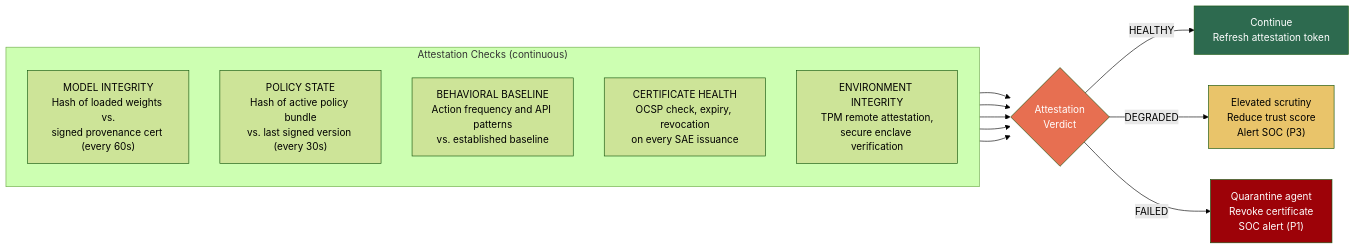
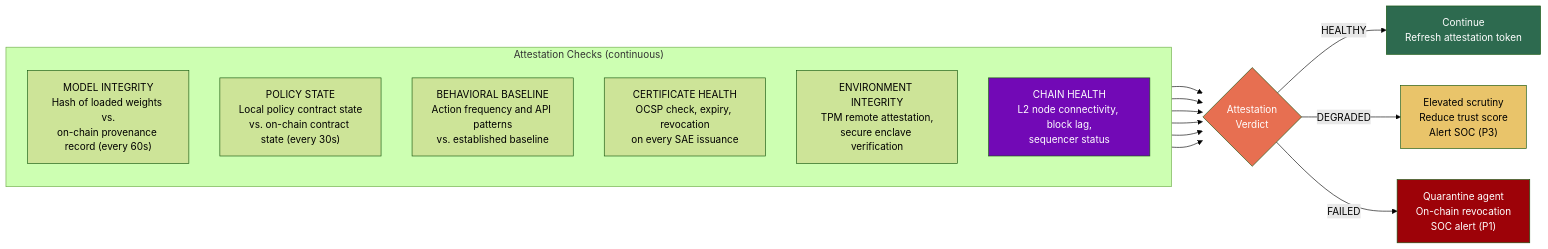
Before and after one commit to kjayashr/cryptographic-trust-layer: diagram 11 of 13 in cryptographic-trust-layer-thesis.md, drawn with Mermaid (forest theme). The commit also changed other lines of this file, not shown here.

First line of the commit message:
Rewrite architecture to smart contract-based enforcement on Ethereum L2

````diff
--- a/cryptographic-trust-layer-thesis.md
+++ b/cryptographic-trust-layer-thesis.md
@@ -507,26 +543,29 @@
 ```mermaid
 graph LR
     subgraph "Attestation Checks (continuous)"
         direction TB
-        R1["MODEL INTEGRITY<br/>Hash of loaded weights vs.<br/>signed provenance cert (every 60s)"]
-        R2["POLICY STATE<br/>Hash of active policy bundle<br/>vs. last signed version (every 30s)"]
+        R1["MODEL INTEGRITY<br/>Hash of loaded weights vs.<br/>on-chain provenance record (every 60s)"]
+        R2["POLICY STATE<br/>Local policy contract state<br/>vs. on-chain contract state (every 30s)"]
         R3["BEHAVIORAL BASELINE<br/>Action frequency and API patterns<br/>vs. established baseline"]
         R4["CERTIFICATE HEALTH<br/>OCSP check, expiry, revocation<br/>on every SAE issuance"]
         R5["ENVIRONMENT INTEGRITY<br/>TPM remote attestation,<br/>secure enclave verification"]
+        R6["CHAIN HEALTH<br/>L2 node connectivity, block lag,<br/>sequencer status"]
     end
 
     R1 --> V{"Attestation<br/>Verdict"}
     R2 --> V
     R3 --> V
     R4 --> V
     R5 --> V
+    R6 --> V
 
     V -->|"HEALTHY"| CONT["Continue<br/>Refresh attestation token"]
     V -->|"DEGRADED"| DEG["Elevated scrutiny<br/>Reduce trust score<br/>Alert SOC (P3)"]
-    V -->|"FAILED"| BLOCK["Quarantine agent<br/>Revoke certificate<br/>SOC alert (P1)"]
+    V -->|"FAILED"| BLOCK["Quarantine agent<br/>On-chain revocation<br/>SOC alert (P1)"]
 
     style V fill:#e76f51,color:#fff
     style BLOCK fill:#9d0208,color:#fff
     style DEG fill:#e9c46a,color:#000
     style CONT fill:#2d6a4f,color:#fff
+    style R6 fill:#7209b6,color:#fff
 ```
````
